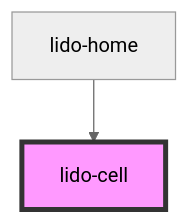
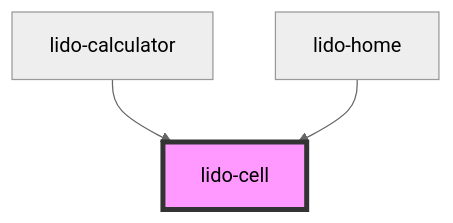
Before and after one commit to chimple/lido-player: the diagram in src/components/cell/readme.md, drawn with Mermaid (neutral theme). The commit also changed other lines of this file and 14 other files, not shown here.

````diff
--- a/src/components/cell/readme.md
+++ b/src/components/cell/readme.md
@@ -55,5 +56,6 @@
 ```mermaid
 graph TD;
+  lido-calculator --> lido-cell
   lido-home --> lido-cell
   style lido-cell fill:#f9f,stroke:#333,stroke-width:4px
 ```
````
